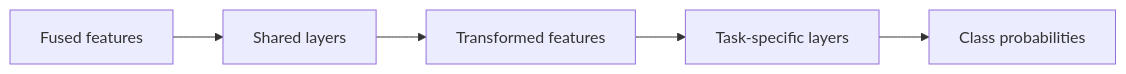
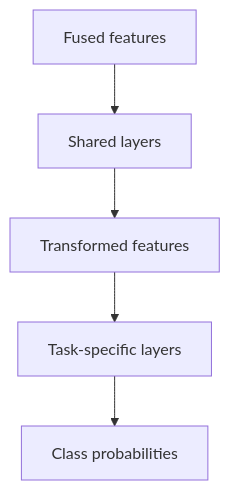
Before and after one commit to tarunn90/ml_notes: the diagram in Harmful Content.md, drawn with Mermaid. The commit also changed other lines of this file and 9 other files, not shown here.

````diff
--- a/Harmful Content.md
+++ b/Harmful Content.md
@@ -45,7 +49,7 @@
 ```mermaid
-flowchart LR
+flowchart TD
     A[Fused features] --> B[Shared layers]
     B --> C[Transformed features]
     C --> D[Task-specific layers]
     D --> E[Class probabilities]
 ```
````
